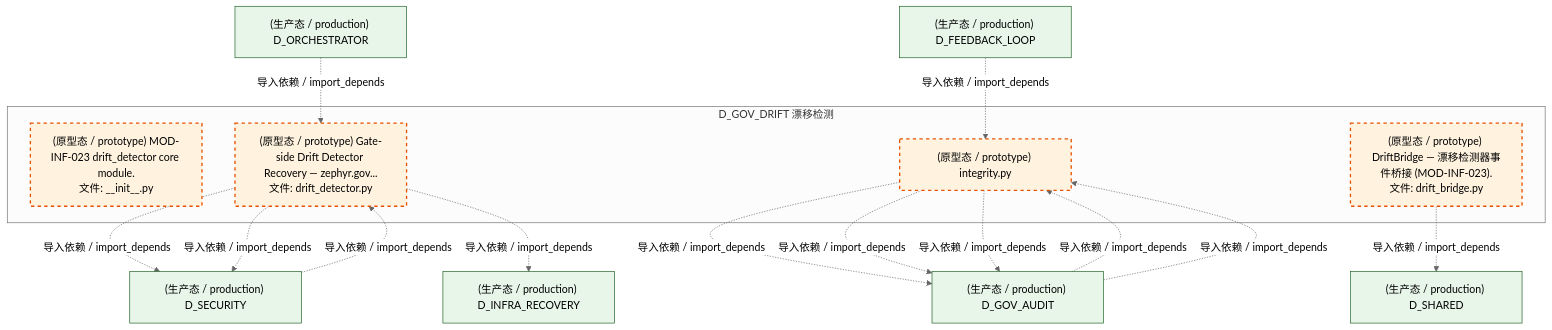
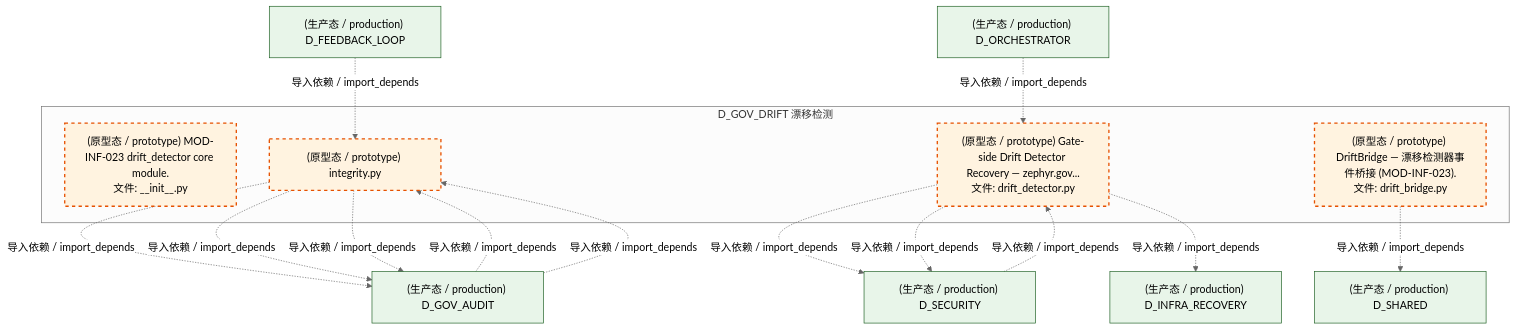
Before and after one commit to xuanFelixVan/ZephyrAlpha: the sixth of 7 diagrams in docs/02_enterprise_architecture/02_domain_architecture_docs/41_d_gov_drift.md, drawn with Mermaid (neutral theme). The commit also changed other lines of this file and 88 other files, not shown here.

````diff
--- a/docs/02_enterprise_architecture/02_domain_architecture_docs/41_d_gov_drift.md
+++ b/docs/02_enterprise_architecture/02_domain_architecture_docs/41_d_gov_drift.md
@@ -565,33 +564,33 @@
 ```mermaid
 graph TD
     subgraph D_GOV_DRIFT["D_GOV_DRIFT 漂移检测"]
         src_zephyr_gov_drift_detector_core_init_py["(原型态 / prototype) MOD-INF-023 drift_detector core module.<br/>文件: __init__.py"]
         src_zephyr_gov_drift_detector_core_bridges_drift_bridge_py["(原型态 / prototype) DriftBridge — 漂移检测器事件桥接 (MOD-INF-023).<br/>文件: drift_bridge.py"]
         src_zephyr_gov_enforcement_rule_enforcement_drift_detector_py["(原型态 / prototype) Gate-side Drift Detector Recovery — zephyr.gov...<br/>文件: drift_detector.py"]
         src_zephyr_governance_integrity_py["(原型态 / prototype) integrity.py"]
     end
     D_SHARED["(生产态 / production) D_SHARED"]
     src_zephyr_gov_drift_detector_core_bridges_drift_bridge_py -.->|导入依赖 / import_depends| D_SHARED
     D_SECURITY["(生产态 / production) D_SECURITY"]
     src_zephyr_gov_enforcement_rule_enforcement_drift_detector_py -.->|导入依赖 / import_depends| D_SECURITY
     D_INFRA_RECOVERY["(生产态 / production) D_INFRA_RECOVERY"]
     src_zephyr_gov_enforcement_rule_enforcement_drift_detector_py -.->|导入依赖 / import_depends| D_INFRA_RECOVERY
     src_zephyr_gov_enforcement_rule_enforcement_drift_detector_py -.->|导入依赖 / import_depends| D_SECURITY
     D_GOV_AUDIT["(生产态 / production) D_GOV_AUDIT"]
     src_zephyr_governance_integrity_py -.->|导入依赖 / import_depends| D_GOV_AUDIT
     src_zephyr_governance_integrity_py -.->|导入依赖 / import_depends| D_GOV_AUDIT
     src_zephyr_governance_integrity_py -.->|导入依赖 / import_depends| D_GOV_AUDIT
+    D_FEEDBACK_LOOP["(生产态 / production) D_FEEDBACK_LOOP"]
+    D_FEEDBACK_LOOP -.->|导入依赖 / import_depends| src_zephyr_governance_integrity_py
     D_ORCHESTRATOR["(生产态 / production) D_ORCHESTRATOR"]
     D_ORCHESTRATOR -.->|导入依赖 / import_depends| src_zephyr_gov_enforcement_rule_enforcement_drift_detector_py
-    D_FEEDBACK_LOOP["(生产态 / production) D_FEEDBACK_LOOP"]
-    D_FEEDBACK_LOOP -.->|导入依赖 / import_depends| src_zephyr_governance_integrity_py
     D_SECURITY -.->|导入依赖 / import_depends| src_zephyr_gov_enforcement_rule_enforcement_drift_detector_py
     D_GOV_AUDIT -.->|导入依赖 / import_depends| src_zephyr_governance_integrity_py
     D_GOV_AUDIT -.->|导入依赖 / import_depends| src_zephyr_governance_integrity_py
     classDef production fill:#e1f5fe,stroke:#01579b,stroke-width:2px,color:#000
     classDef design fill:#fff3e0,stroke:#e65100,stroke-width:2px,color:#000,stroke-dasharray: 5 5
     classDef external_prod fill:#e8f5e9,stroke:#1b5e20,stroke-width:1px,color:#000
     classDef external_design fill:#fce4ec,stroke:#880e4f,stroke-width:1px,color:#000,stroke-dasharray: 5 5
     class src_zephyr_gov_drift_detector_core_init_py,src_zephyr_gov_drift_detector_core_bridges_drift_bridge_py,src_zephyr_gov_enforcement_rule_enforcement_drift_detector_py,src_zephyr_governance_integrity_py design
-    class D_SHARED,D_SECURITY,D_INFRA_RECOVERY,D_GOV_AUDIT,D_ORCHESTRATOR,D_FEEDBACK_LOOP external_prod
+    class D_SHARED,D_SECURITY,D_INFRA_RECOVERY,D_GOV_AUDIT,D_FEEDBACK_LOOP,D_ORCHESTRATOR external_prod
 ```
````
